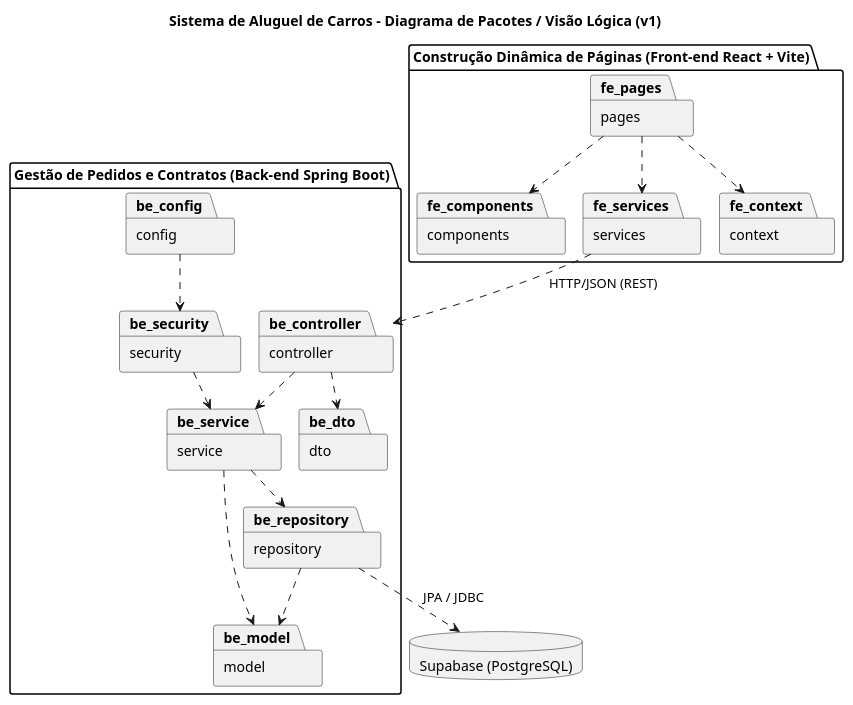
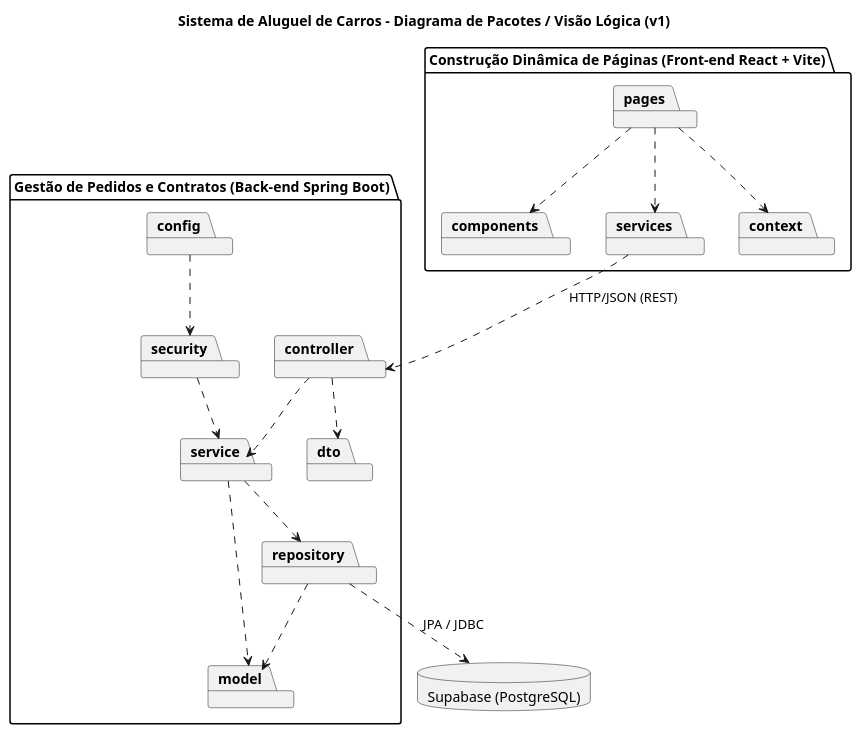
The diagram in docs/uml/v1/pacotes.puml (Phijey/lab02-aluguel-de-carros), drawn with PlantUML before and after one commit. The commit also changed 15 other files, not shown here.

Commit message:
docs: imagens PNG dos diagramas UML v1 e v2

```diff
--- a/docs/uml/v1/pacotes.puml
+++ b/docs/uml/v1/pacotes.puml
@@ -1,39 +1,50 @@
 @startuml pacotes
-!pragma layout smetana
 skinparam packageStyle folder
+set separator none
 
 title Sistema de Aluguel de Carros - Diagrama de Pacotes / Visão Lógica (v1)
 
 package "Construção Dinâmica de Páginas (Front-end React + Vite)" as FE {
-  package "pages" as fe_pages
-  package "components" as fe_components
-  package "services" as fe_services
-  package "context" as fe_context
+  package "pages" {
+  }
+  package "components" {
+  }
+  package "services" {
+  }
+  package "context" {
+  }
 }
 
 package "Gestão de Pedidos e Contratos (Back-end Spring Boot)" as BE {
-  package "controller" as be_controller
-  package "dto" as be_dto
-  package "service" as be_service
-  package "repository" as be_repository
-  package "model" as be_model
-  package "security" as be_security
-  package "config" as be_config
+  package "controller" {
+  }
+  package "dto" {
+  }
+  package "service" {
+  }
+  package "repository" {
+  }
+  package "model" {
+  }
+  package "security" {
+  }
+  package "config" {
+  }
 }
 
 database "Supabase (PostgreSQL)" as DB
 
-fe_pages ..> fe_components
-fe_pages ..> fe_services
-fe_pages ..> fe_context
-fe_services ..> be_controller : HTTP/JSON (REST)
+pages ..> components
+pages ..> services
+pages ..> context
+services ..> controller : HTTP/JSON (REST)
 
-be_controller ..> be_dto
-be_controller ..> be_service
-be_service ..> be_repository
-be_service ..> be_model
-be_repository ..> be_model
-be_security ..> be_service
-be_config ..> be_security
-be_repository ..> DB : JPA / JDBC
+controller ..> dto
+controller ..> service
+service ..> repository
+service ..> model
+repository ..> model
+security ..> service
+config ..> security
+repository ..> DB : JPA / JDBC
 @enduml
```
